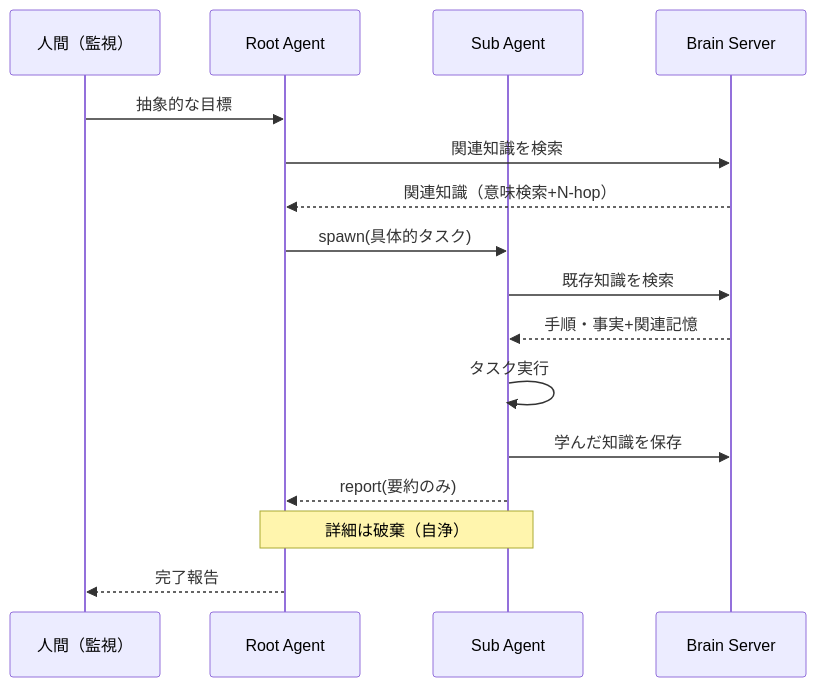
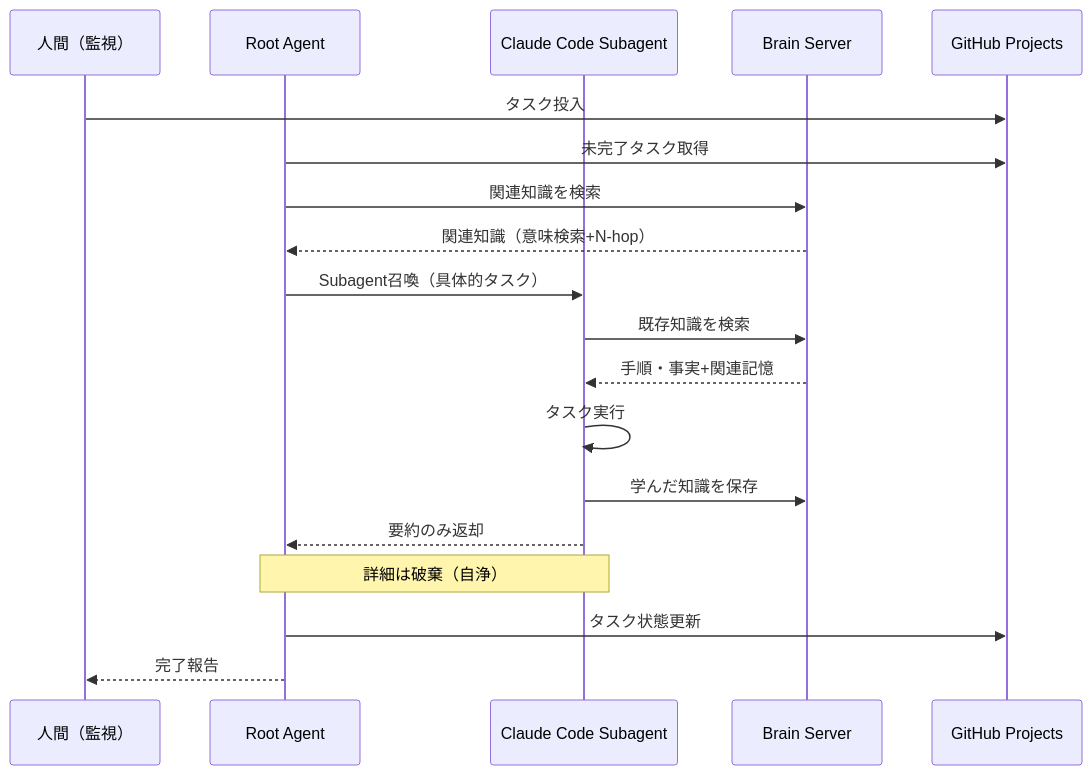
One commit to tomoharu-hayashi/jarvis changed the diagram in docs/architecture.md. Above: the diagram before and after it, drawn with Mermaid. The commit also changed other lines of this file and 34 other files, not shown here.

First line of the commit message:
feat: Implement refactoring executor agent and enhance architecture documentation

````diff
--- a/docs/architecture.md
+++ b/docs/architecture.md
@@ -201,19 +203,22 @@
 ```mermaid
 sequenceDiagram
     participant User as 人間（監視）
     participant Root as Root Agent
-    participant Sub as Sub Agent
+    participant Sub as Claude Code Subagent
     participant Brain as Brain Server
+    participant GH as GitHub Projects
 
-    User->>Root: 抽象的な目標
+    User->>GH: タスク投入
+    Root->>GH: 未完了タスク取得
     Root->>Brain: 関連知識を検索
     Brain-->>Root: 関連知識（意味検索+N-hop）
-    Root->>Sub: spawn(具体的タスク)
+    Root->>Sub: Subagent召喚（具体的タスク）
     Sub->>Brain: 既存知識を検索
     Brain-->>Sub: 手順・事実+関連記憶
     Sub->>Sub: タスク実行
     Sub->>Brain: 学んだ知識を保存
-    Sub-->>Root: report(要約のみ)
+    Sub-->>Root: 要約のみ返却
     Note over Root,Sub: 詳細は破棄（自浄）
+    Root->>GH: タスク状態更新
     Root-->>User: 完了報告
 ```
````
